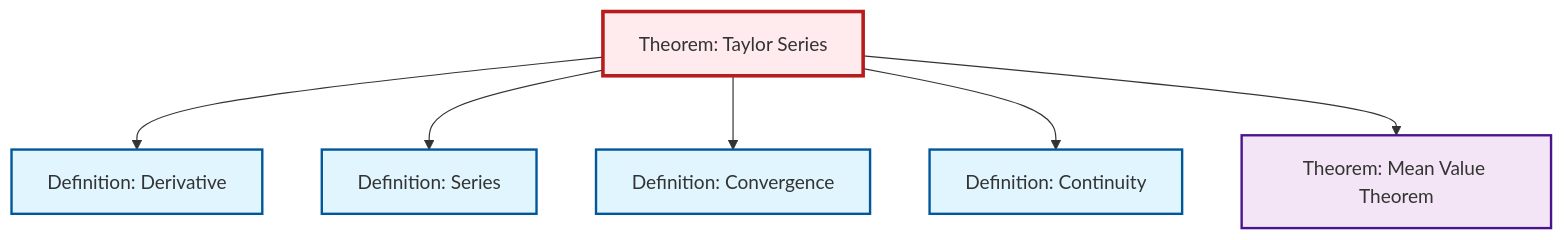
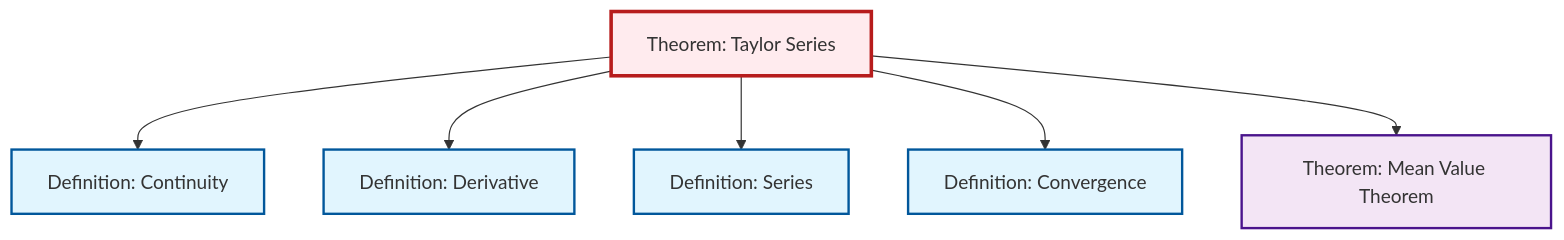
Before and after one commit to RK0429/ModernMath: the diagram in content/en/analysis/thm-taylor-series.qmd, drawn with Mermaid. The commit also changed other lines of this file and 497 other files, not shown here.

````diff
--- a/content/en/analysis/thm-taylor-series.qmd
+++ b/content/en/analysis/thm-taylor-series.qmd
@@ -106,26 +106,26 @@
 ```{mermaid}
 %%| fig-cap: "Local dependency graph"
 graph TD
     classDef definition fill:#e1f5fe,stroke:#01579b,stroke-width:2px
     classDef theorem fill:#f3e5f5,stroke:#4a148c,stroke-width:2px
     classDef axiom fill:#fff3e0,stroke:#e65100,stroke-width:2px
     classDef example fill:#e8f5e9,stroke:#1b5e20,stroke-width:2px
     classDef current fill:#ffebee,stroke:#b71c1c,stroke-width:3px
-    thm-taylor-series["Theorem: Taylor Series"]:::theorem
-    def-derivative["Definition: Derivative"]:::definition
+    thm-mean-value["Theorem: Mean Value Theorem"]:::theorem
     def-series["Definition: Series"]:::definition
     def-convergence["Definition: Convergence"]:::definition
     def-continuity["Definition: Continuity"]:::definition
-    thm-mean-value["Theorem: Mean Value Theorem"]:::theorem
+    def-derivative["Definition: Derivative"]:::definition
+    thm-taylor-series["Theorem: Taylor Series"]:::theorem
+    thm-taylor-series --> def-continuity
     thm-taylor-series --> def-derivative
     thm-taylor-series --> def-series
     thm-taylor-series --> def-convergence
-    thm-taylor-series --> def-continuity
     thm-taylor-series --> thm-mean-value
     class thm-taylor-series current
-    click def-derivative "def-derivative.html" "Go to Derivative definition"
+    click thm-mean-value "thm-mean-value.html" "Go to Mean Value Theorem theorem"
     click def-series "def-series.html" "Go to Series definition"
     click def-convergence "def-convergence.html" "Go to Convergence definition"
     click def-continuity "def-continuity.html" "Go to Continuity definition"
-    click thm-mean-value "thm-mean-value.html" "Go to Mean Value Theorem"
+    click def-derivative "def-derivative.html" "Go to Derivative definition"
 ```
````
